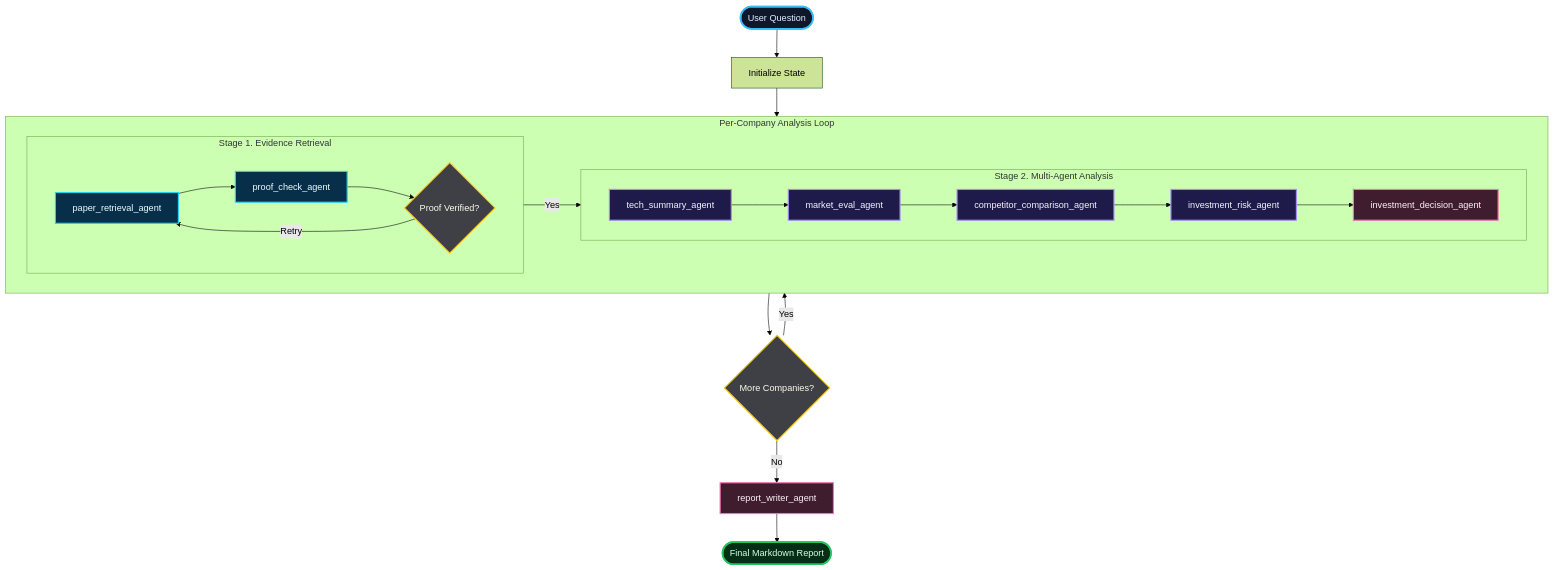
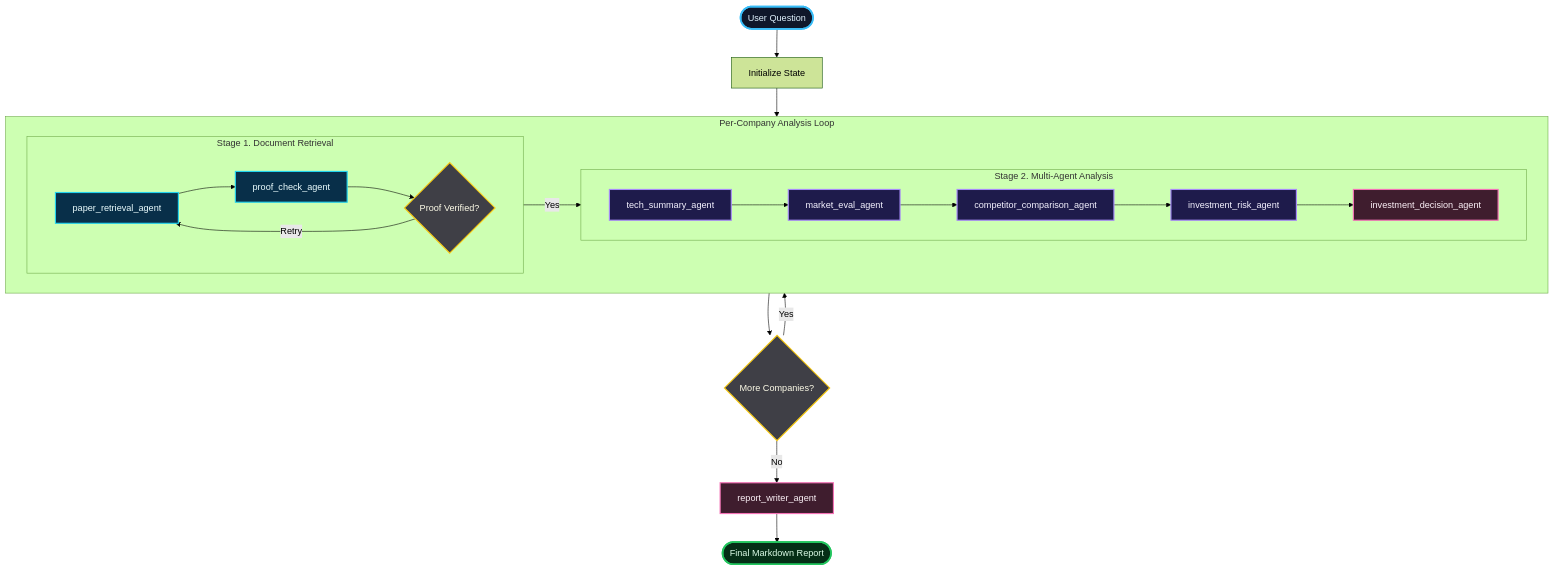
The first of 9 diagrams in README.md (SKALA-Rag-MiniProject/Semiconductor-Startup-Investment-Agent), drawn with Mermaid (forest theme) before and after one commit. The commit also changed other lines of this file, not shown here.

````diff
--- a/README.md
+++ b/README.md
@@ -98,49 +98,49 @@
 ```mermaid
 flowchart TD
     Q([User Question]) --> S[Initialize State]
     S --> LOOP
 
     subgraph LOOP[Per-Company Analysis Loop]
         direction LR
 
-        subgraph RAG[Stage 1. Evidence Retrieval]
+        subgraph RAG[Stage 1. Document Retrieval]
             direction LR
             R[paper_retrieval_agent]
             P[proof_check_agent]
             CHECK{Proof Verified?}
             R --> P --> CHECK
             CHECK -- Retry --> R
         end
 
         subgraph ANALYSIS[Stage 2. Multi-Agent Analysis]
             direction LR
             T[tech_summary_agent]
             M[market_eval_agent]
             C[competitor_comparison_agent]
             RK[investment_risk_agent]
             D[investment_decision_agent]
             T --> M --> C --> RK --> D
         end
 
         CHECK -- Yes --> T
     end
 
     D --> NEXT{More Companies?}
     NEXT -- Yes --> LOOP
     NEXT -- No --> W[report_writer_agent]
     W --> OUT([Final Markdown Report])
 
     classDef input fill:#0f172a,stroke:#38bdf8,color:#e0f2fe,stroke-width:3px;
     classDef output fill:#052e16,stroke:#22c55e,color:#dcfce7,stroke-width:3px;
     classDef rag fill:#082f49,stroke:#22d3ee,color:#ecfeff,stroke-width:2px;
     classDef analysis fill:#1e1b4b,stroke:#a78bfa,color:#f5f3ff,stroke-width:2px;
     classDef decision fill:#3f1d2e,stroke:#f472b6,color:#fdf2f8,stroke-width:2px;
     classDef gate fill:#3f3f46,stroke:#facc15,color:#fefce8,stroke-width:2px;
 
     class Q input;
     class OUT output;
     class R,P rag;
     class T,M,C,RK analysis;
     class D,W decision;
     class CHECK,NEXT gate;
 ```
````
